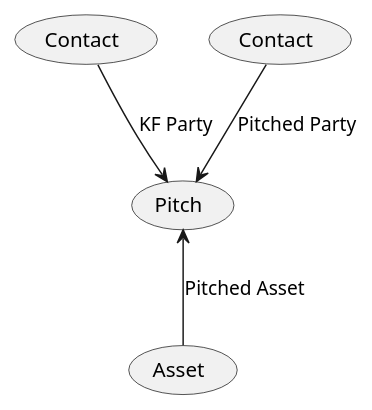
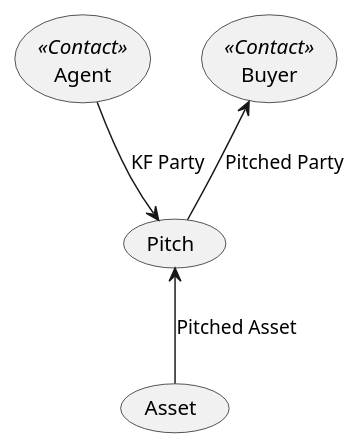
One commit to Kf-GaryNewport/Kf-GaryNewport.github.io changed the diagram in assets/RealEstate/Pitch.puml. Above: the diagram before and after it, drawn with PlantUML. The commit also changed 7 other files, not shown here.

```diff
--- a/assets/RealEstate/Pitch.puml
+++ b/assets/RealEstate/Pitch.puml
@@ -1,10 +1,10 @@
 @startuml Pitch
 
-(Contact) as (KfParty)
-(Contact) as (ClientParty)
+(Agent) << Contact >>
+(Buyer) << Contact >>
 
-(ClientParty) --> (Pitch) : Pitched Party
-(KfParty) --> (Pitch) : KF Party
+(Buyer) <-- (Pitch) : Pitched Party
+(Agent) --> (Pitch) : KF Party
 (Pitch) <-- (Asset) : Pitched Asset
  
 @enduml
```
